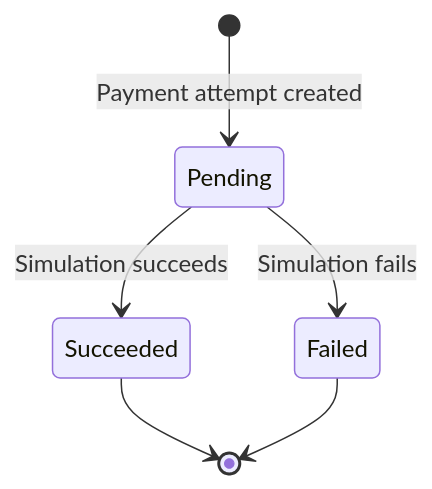
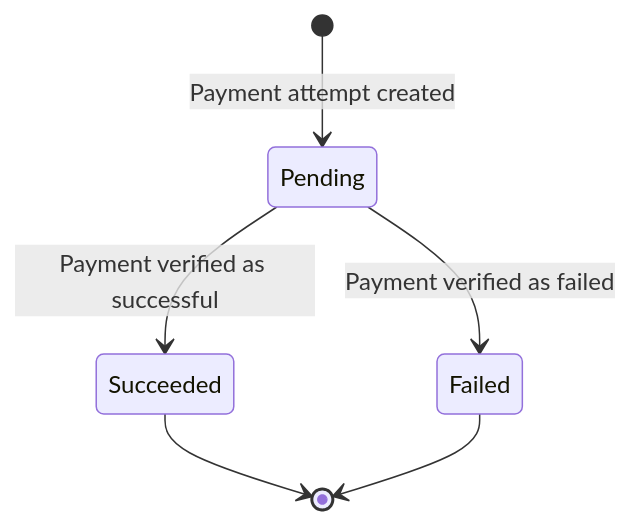
One commit to Punith1117/ticket-forge changed the ninth of 12 diagrams in docs/state-machines.md. Above: the diagram before and after it, drawn with Mermaid. The commit also changed other lines of this file and 1 other file, not shown here.

Commit message:
docs(diagrams): update state and sequence diagrams

````diff
--- a/docs/state-machines.md
+++ b/docs/state-machines.md
@@ -298,10 +300,10 @@
 ```mermaid
 stateDiagram-v2
     [*] --> Pending: Payment attempt created
 
-    Pending --> Succeeded: Simulation succeeds
-    Pending --> Failed: Simulation fails
+    Pending --> Succeeded: Payment verified as successful
+    Pending --> Failed: Payment verified as failed
 
     Succeeded --> [*]
     Failed --> [*]
 ```
````
